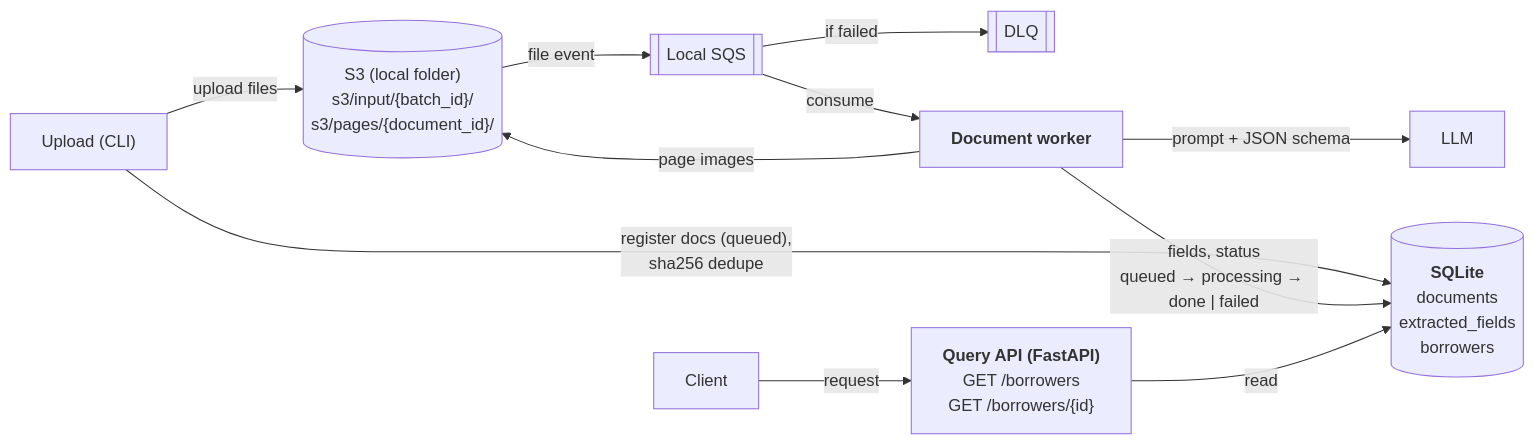
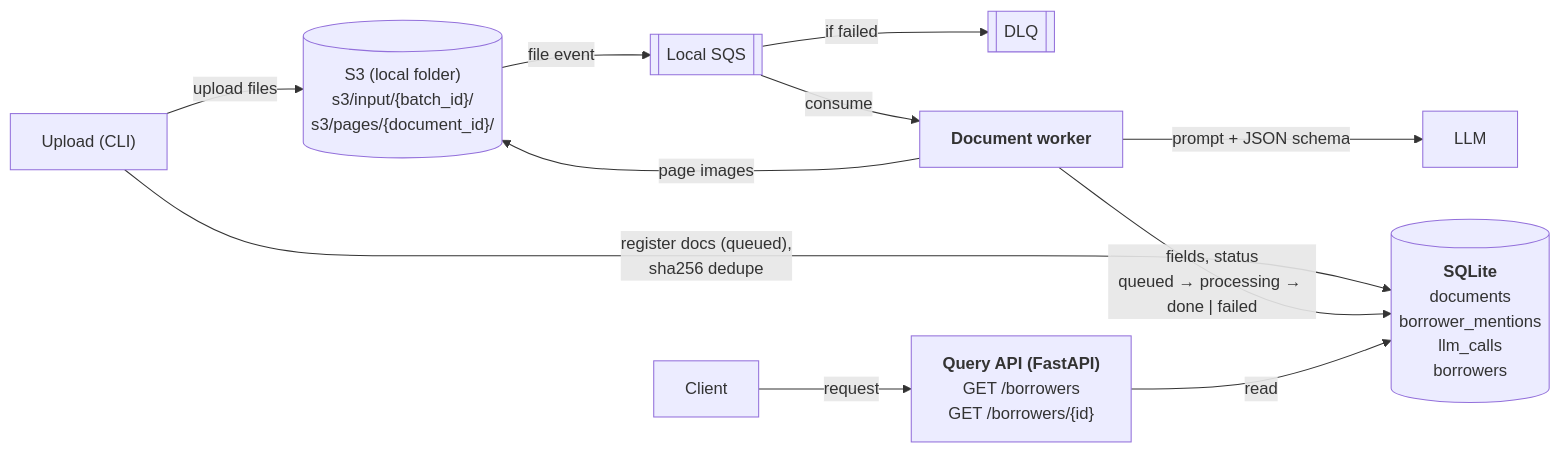
The diagram in docs/system-design.md (syldysnya/loan_extraction), drawn with Mermaid before and after one commit. The commit also changed other lines of this file and 4 other files, not shown here.

````diff
--- a/docs/system-design.md
+++ b/docs/system-design.md
@@ -31,23 +31,23 @@
 ```mermaid
 flowchart LR
     upload["Upload (CLI)"]
     s3[("S3 (local folder)<br/>s3/input/{batch_id}/<br/>s3/pages/{document_id}/")]
     sqs[["Local SQS"]]
     dlq[["DLQ"]]
     worker["<b>Document worker</b>"]
     llm["LLM"]
-    db[("<b>SQLite</b><br/>documents<br/>extracted_fields<br/>borrowers")]
+    db[("<b>SQLite</b><br/>documents<br/>borrower_mentions<br/>llm_calls<br/>borrowers")]
     api["<b>Query API (FastAPI)</b><br/>GET /borrowers<br/>GET /borrowers/{id}"]
     client["Client"]
 
     upload -- "upload files" --> s3
     upload -- "register docs (queued),<br/>sha256 dedupe" --> db
     s3 -- "file event" --> sqs
     sqs -- "consume" --> worker
     sqs -- "if failed" --> dlq
     worker -- "page images" --> s3
     worker -- "prompt + JSON schema" --> llm
     worker -- "fields, status<br/>queued → processing → done | failed" --> db
     api -- "read" --> db
     client -- "request" --> api
 ```
````
